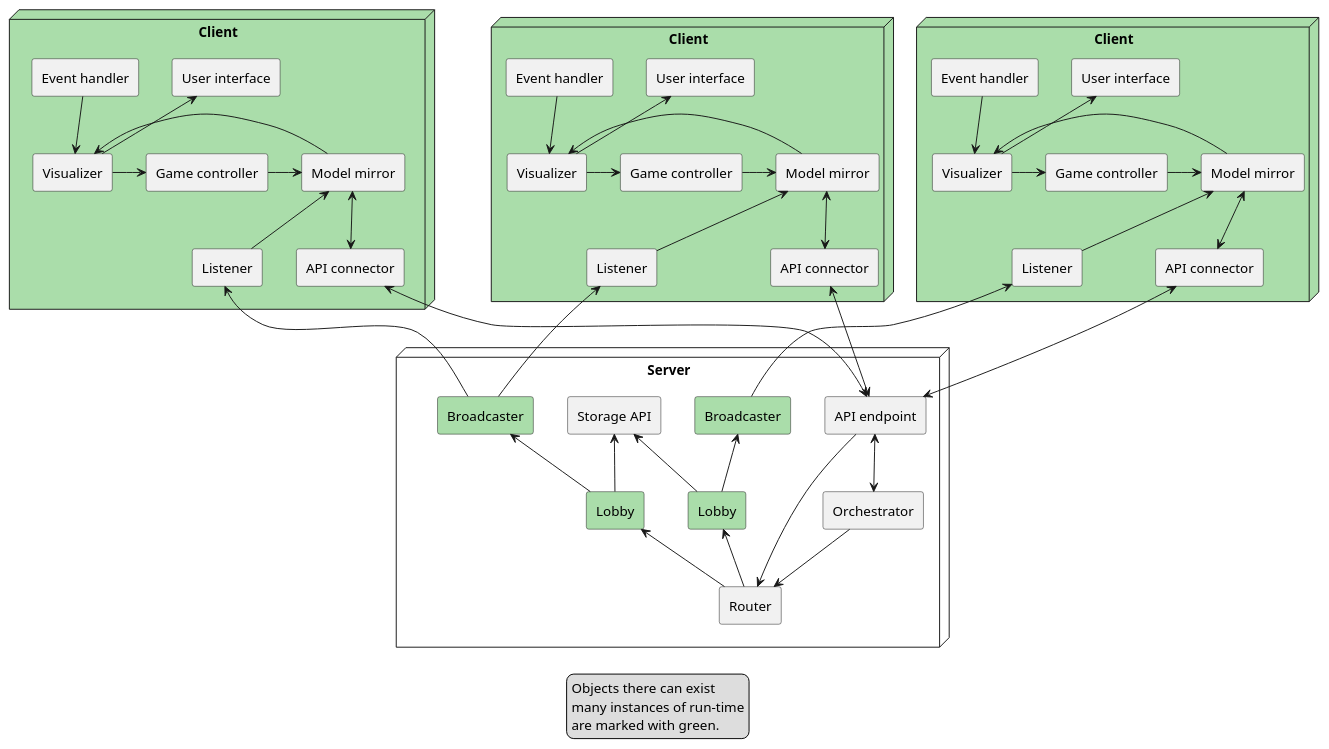
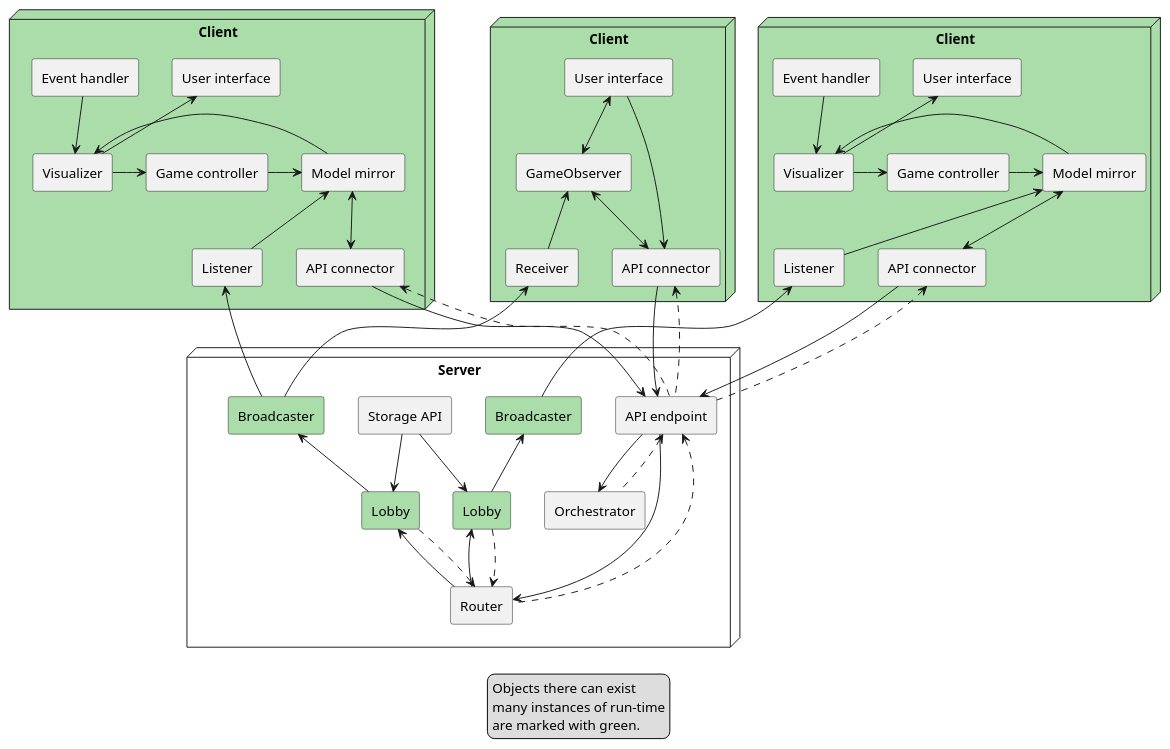
Before and after one commit to SWA-group-1/PlantUML: the diagram in Process/Deployment/ConcurrencyAndInformation.puml, drawn with PlantUML.

Commit message:
update concurrencyandinformation

```diff
--- a/Process/Deployment/ConcurrencyAndInformation.puml
+++ b/Process/Deployment/ConcurrencyAndInformation.puml
@@ -1,101 +1,100 @@
 @startuml
 'https://plantuml.com/deployment-diagram
 
 legend
     Objects there can exist
     many instances of run-time
     are marked with green.
 end legend
 
 node "Client" as client_0 #ADA {
     agent "Game controller" as controller_0
     agent "Visualizer" as visualizer_0
     agent "Event handler" as event_0
     agent "User interface" as ui_0
     agent "Model mirror" as mirror_0
     agent "API connector" as connector_0
     agent "Listener" as listener_0
 
     event_0 -down-> visualizer_0
     visualizer_0 -up-> ui_0
     visualizer_0 -right-> controller_0
     controller_0 -right-> mirror_0
     mirror_0 -> visualizer_0
     mirror_0 <-down-> connector_0
     listener_0 -up-> mirror_0
 }
 
 node "Client" as client_1 #ADA {
     agent "Game controller" as controller_1
     agent "Visualizer" as visualizer_1
     agent "Event handler" as event_1
     agent "User interface" as ui_1
     agent "Model mirror" as mirror_1
     agent "API connector" as connector_1
     agent "Listener" as listener_1
 
     event_1 -down-> visualizer_1
     visualizer_1 -up-> ui_1
     visualizer_1 -right-> controller_1
     controller_1 -right-> mirror_1
     mirror_1 -> visualizer_1
     mirror_1 <-down-> connector_1
     listener_1 -up-> mirror_1
 }
 
 node "Client" as client_2 #ADA {
-    agent "Game controller" as controller_2
-    agent "Visualizer" as visualizer_2
-    agent "Event handler" as event_2
     agent "User interface" as ui_2
-    agent "Model mirror" as mirror_2
+    agent "GameObserver" as mirror_2
     agent "API connector" as connector_2
-    agent "Listener" as listener_2
+    agent "Receiver" as listener_2
 
-    event_2 -down-> visualizer_2
-    visualizer_2 -up-> ui_2
-    visualizer_2 -right-> controller_2
-    controller_2 -right-> mirror_2
-    mirror_2 -> visualizer_2
+    ui_2 --> connector_2
+    ui_2 <--> mirror_2
     mirror_2 <-down-> connector_2
     listener_2 -up-> mirror_2
 }
 
 node "Server" as server {
     agent "API endpoint" as endpoint
     agent "Broadcaster" as broadcaster_0 #ADA
     agent "Broadcaster" as broadcaster_1 #ADA
     agent "Storage API" as storage
-    agent "Lobby" as model_0 #ADA
-    agent "Lobby" as model_1 #ADA
+    agent "Lobby" as lobby_0 #ADA
+    agent "Lobby" as lobby_1 #ADA
     agent "Orchestrator" as orchestrator
     agent "Router" as router
 
     endpoint -[hidden]right- broadcaster_0
     broadcaster_0 -[hidden]right- broadcaster_1
     broadcaster_1 -[hidden]right- storage
-    model_0 -up-> broadcaster_0
-    model_0 -[hidden]right- model_1
-    model_0 -up-> storage
-    model_1 -up-> broadcaster_1
-    model_1 -up-> storage
-    orchestrator <-up-> endpoint
-    'orchestrator <-up-> storage
+    lobby_0 -up-> broadcaster_0
+    lobby_0 -[hidden]right- lobby_1
+    lobby_0 <-up- storage
+    lobby_1 -up-> broadcaster_1
+    lobby_1 <-up- storage
+    orchestrator <-up- endpoint
+    orchestrator .up.> endpoint
     router <-up- endpoint
-    router -up-> model_0
-    router -up-> model_1
-    router <-up- orchestrator
+    router .up.> endpoint
+    router -up-> lobby_0
+    router <.up. lobby_0
+    router -up-> lobby_1
+    router <.up. lobby_1
 }
 
 client_1 -[hidden]down- server
 
-endpoint <-up-> connector_0
-endpoint <-up-> connector_1
-endpoint <-up-> connector_2
+endpoint <-up- connector_0
+endpoint .up.> connector_0
+endpoint <-up- connector_1
+endpoint .up.> connector_1
+endpoint <-up- connector_2
+endpoint .up.> connector_2
 
 broadcaster_0 -up-> listener_0
 broadcaster_1 -up-> listener_1
 broadcaster_1 -[hidden]up-> listener_1
 broadcaster_1 -up-> listener_2
 
 @enduml
```
